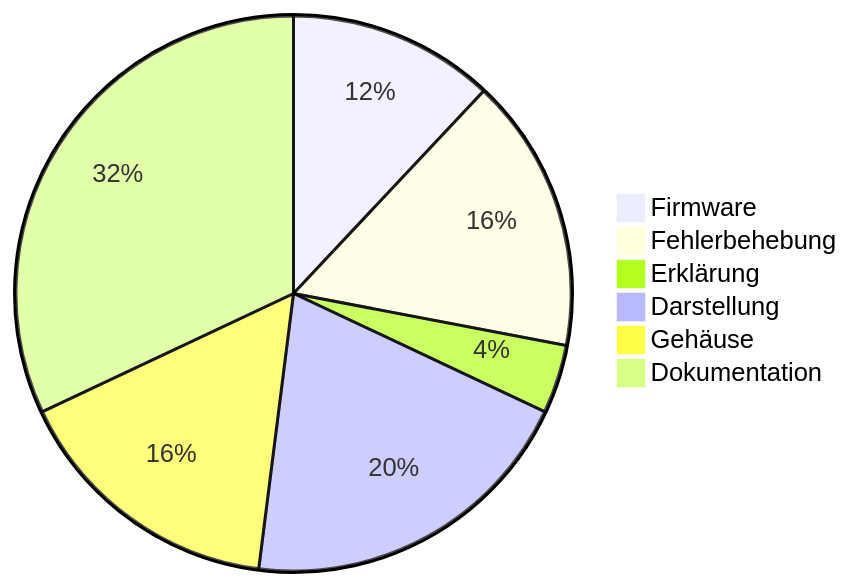
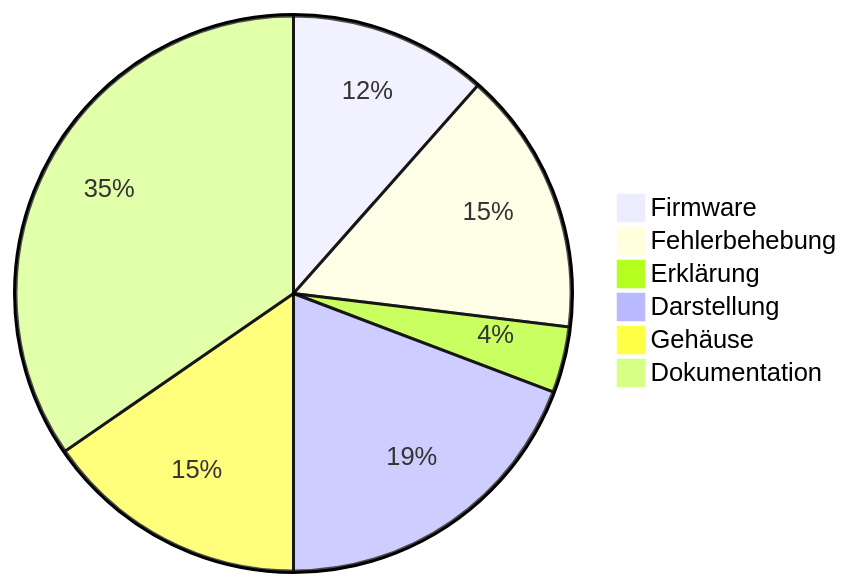
Before and after one commit to BBZ-AIFS51/LF7-Projekt_GAS: the third of 3 diagrams in wiki/Entwicklungsverlauf.md, drawn with Mermaid. The commit also changed other lines of this file and 14 other files, not shown here.

````diff
--- a/wiki/Entwicklungsverlauf.md
+++ b/wiki/Entwicklungsverlauf.md
@@ -143,9 +145,9 @@
 ```mermaid
 pie
     "Firmware" : 3
     "Fehlerbehebung" : 4
     "Erklärung" : 1
     "Darstellung" : 5
     "Gehäuse" : 4
-    "Dokumentation" : 8
+    "Dokumentation" : 9
 ```
````
